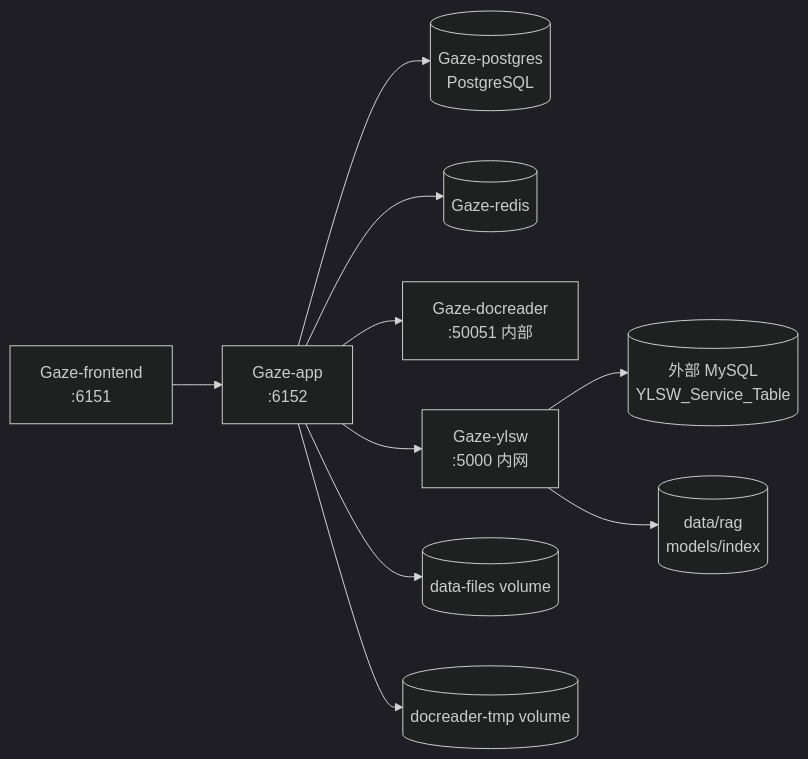
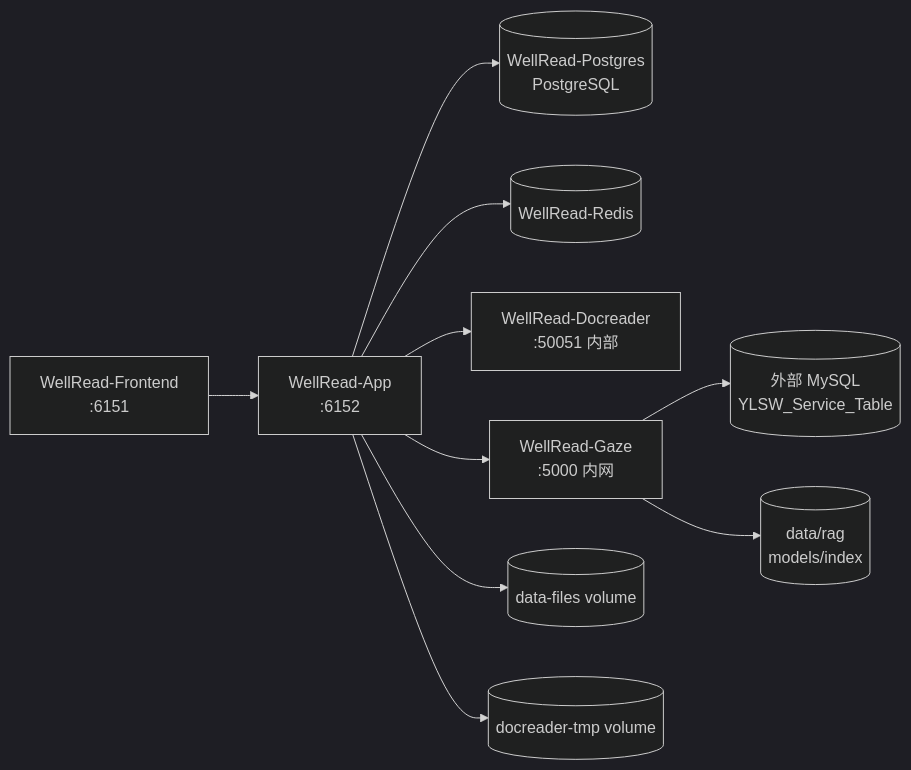
One commit to Forward-back/Well-Read-Personal changed the diagram in deployments/README.md. Above: the diagram before and after it, drawn with Mermaid (dark theme). The commit also changed other lines of this file and 13 other files, not shown here.

First line of the commit message:
chore(deploy): rebuild images under WellRead names

````diff
--- a/deployments/README.md
+++ b/deployments/README.md
@@ -7,12 +7,12 @@
 ```mermaid
 flowchart LR
-    FE[Gaze-frontend<br/>:6151] --> APP[Gaze-app<br/>:6152]
-    APP --> PG[(Gaze-postgres<br/>PostgreSQL)]
-    APP --> RD[(Gaze-redis)]
-    APP --> DR[Gaze-docreader<br/>:50051 内部]
-    APP --> YL[Gaze-ylsw<br/>:5000 内网]
+    FE[WellRead-Frontend<br/>:6151] --> APP[WellRead-App<br/>:6152]
+    APP --> PG[(WellRead-Postgres<br/>PostgreSQL)]
+    APP --> RD[(WellRead-Redis)]
+    APP --> DR[WellRead-Docreader<br/>:50051 内部]
+    APP --> YL[WellRead-Gaze<br/>:5000 内网]
     YL --> MYSQL[(外部 MySQL<br/>YLSW_Service_Table)]
     YL --> EXT[(data/rag<br/>models/index)]
     APP --> FILES[(data-files volume)]
     APP --> TMP[(docreader-tmp volume)]
 ```
````
